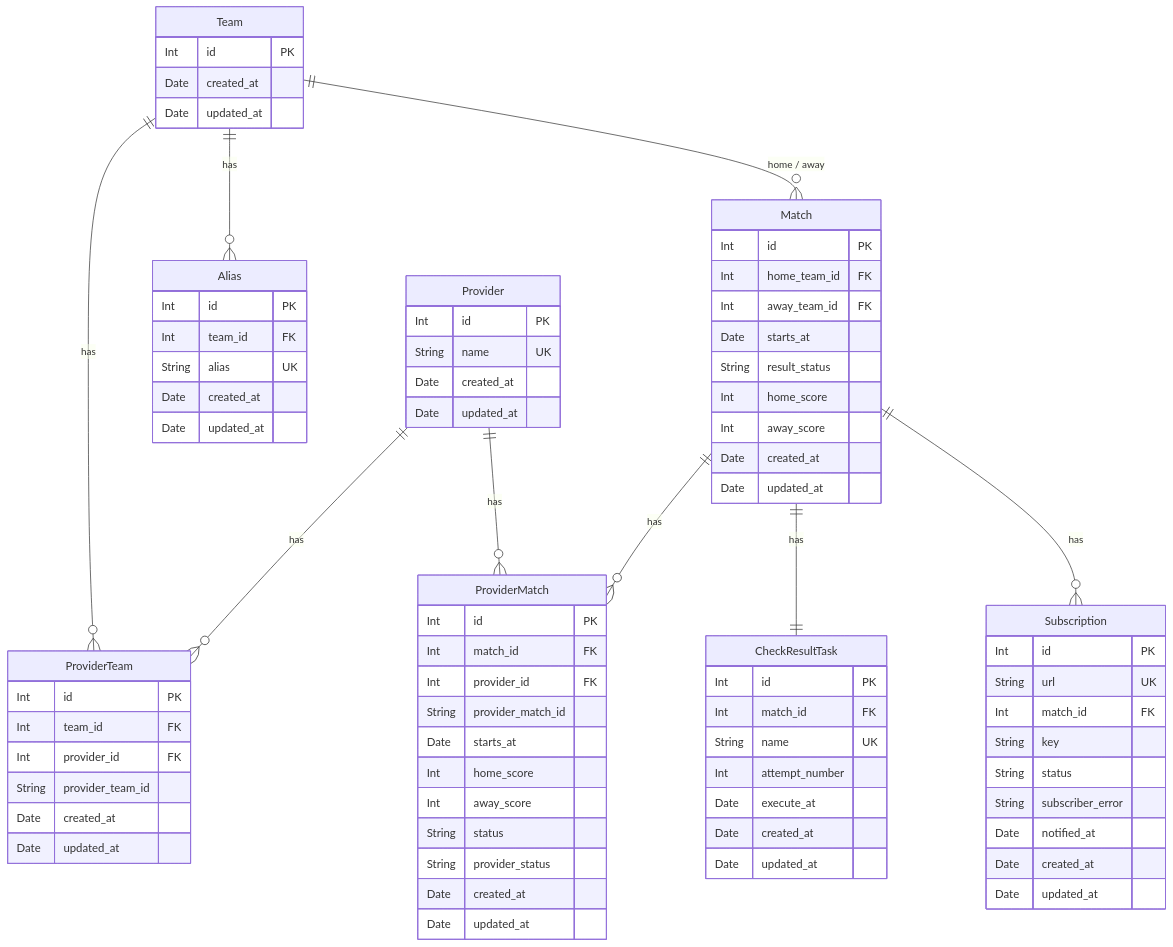
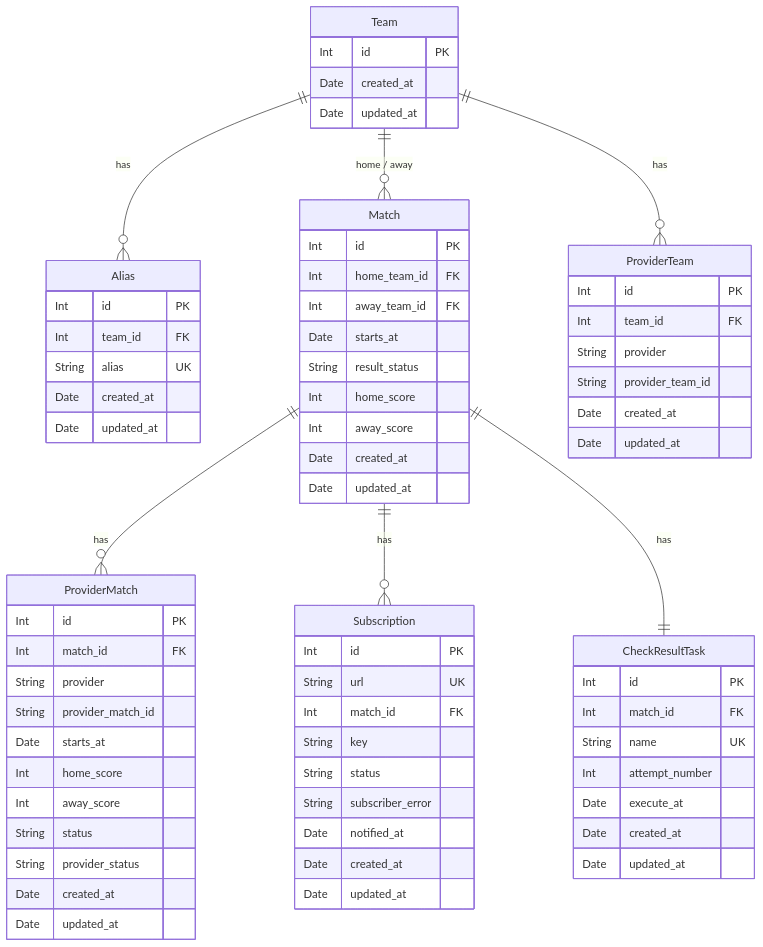
Before and after one commit to andrewshostak/result-service: the diagram in db-changes.md, drawn with Mermaid. The commit also changed other lines of this file, not shown here.

Commit message:
Replace `providers` table with plain `provider` string column in `provider_teams` and `provider_matches`, update schema and documentation

````diff
--- a/db-changes.md
+++ b/db-changes.md
@@ -109,12 +101,5 @@
 ```mermaid
 erDiagram
-    Provider {
-        Int id PK
-        String name UK
-        Date created_at
-        Date updated_at
-    }
-
     Team {
         Int id PK
         Date created_at
@@ -144,7 +129,7 @@
     ProviderTeam {
         Int id PK
         Int team_id FK
-        Int provider_id FK
+        String provider
         String provider_team_id
         Date created_at
         Date updated_at
@@ -153,7 +138,7 @@
     ProviderMatch {
         Int id PK
         Int match_id FK
-        Int provider_id FK
+        String provider
         String provider_match_id
         Date starts_at
         Int home_score
@@ -189,8 +174,6 @@
     Team ||--o{ Alias : has
     Team ||--o{ Match : "home / away"
     Team ||--o{ ProviderTeam : has
-    Provider ||--o{ ProviderTeam : has
-    Provider ||--o{ ProviderMatch : has
     Match ||--o{ ProviderMatch : has
     Match ||--o{ Subscription : has
     Match ||--|| CheckResultTask : has
````
